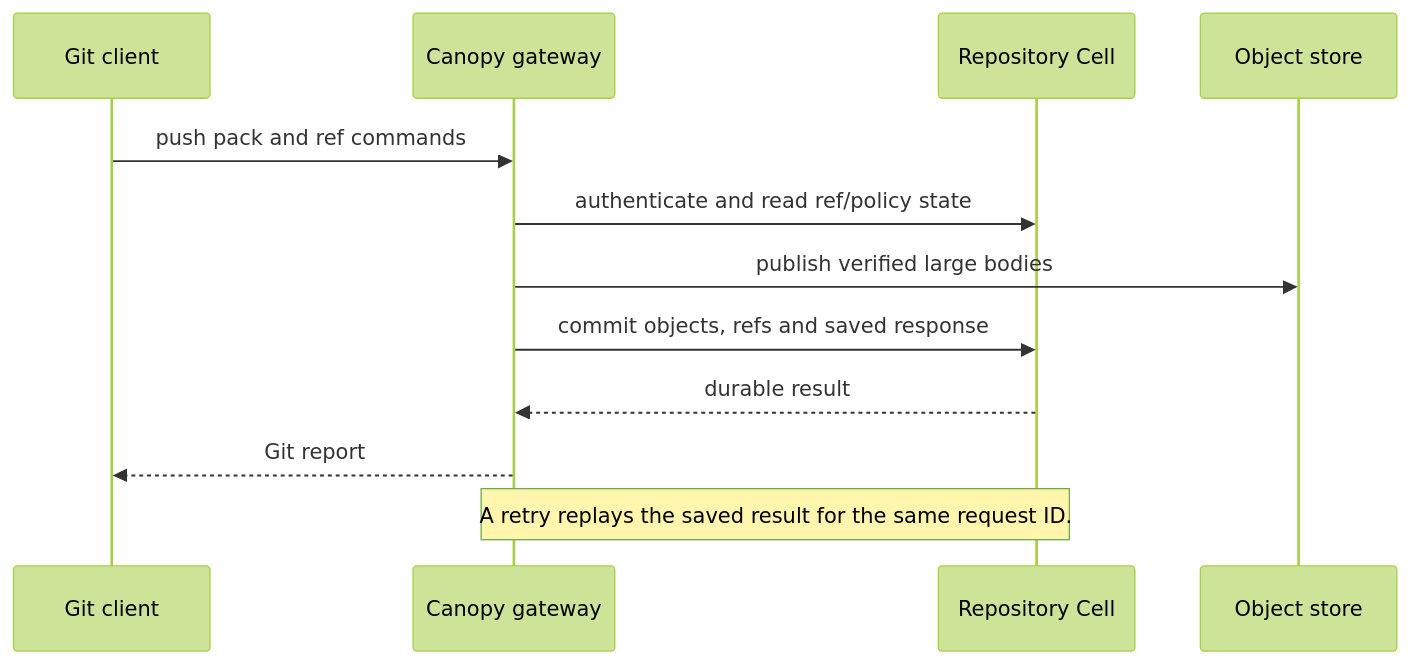
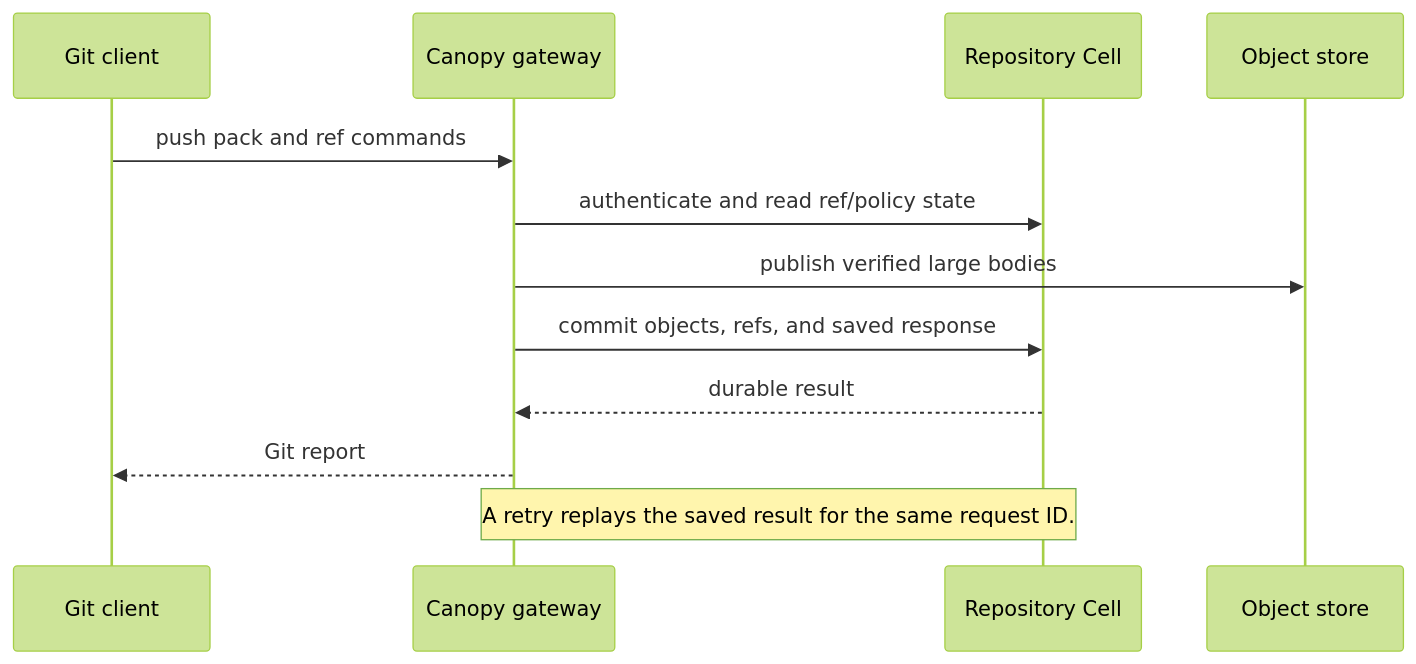
Before and after one commit to crabbuild/canopy: the second of 2 diagrams in README.md, drawn with Mermaid (forest theme). The commit also changed other lines of this file, not shown here.

````diff
--- a/README.md
+++ b/README.md
@@ -57,14 +72,14 @@
 ```mermaid
 sequenceDiagram
     participant G as Git client
     participant C as Canopy gateway
     participant R as Repository Cell
     participant S as Object store
     G->>C: push pack and ref commands
     C->>R: authenticate and read ref/policy state
     C->>S: publish verified large bodies
-    C->>R: commit objects, refs and saved response
+    C->>R: commit objects, refs, and saved response
     R-->>C: durable result
     C-->>G: Git report
     Note over C,R: A retry replays the saved result for the same request ID.
 ```
````
